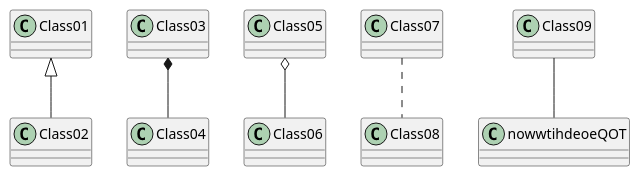
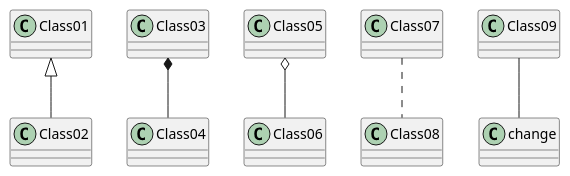
Before and after one commit to weichware10/meilensteine: the diagram in meilenstein_03/test.puml, drawn with PlantUML. The commit also changed 1 other file, not shown here.

```diff
--- a/meilenstein_03/test.puml
+++ b/meilenstein_03/test.puml
@@ -1,7 +1,7 @@
 @startuml test
 Class01 <|-- Class02
 Class03 *-- Class04
 Class05 o-- Class06
 Class07 .. Class08
-Class09 -- nowwtihdeoeQOT
+Class09 -- change
 @enduml
```
